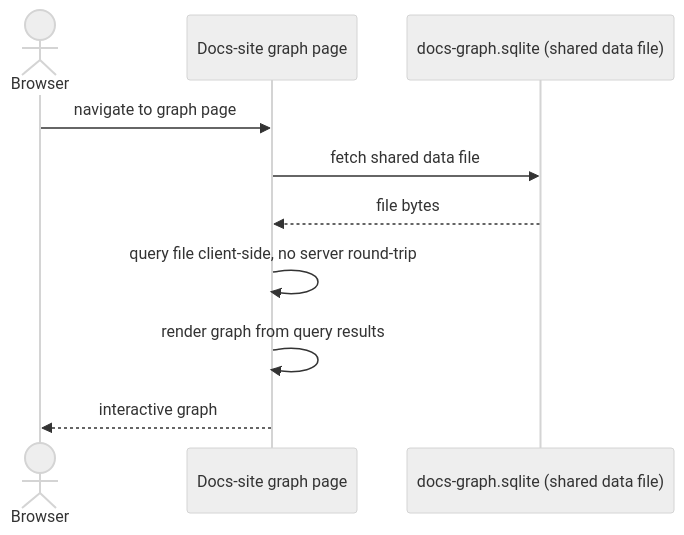
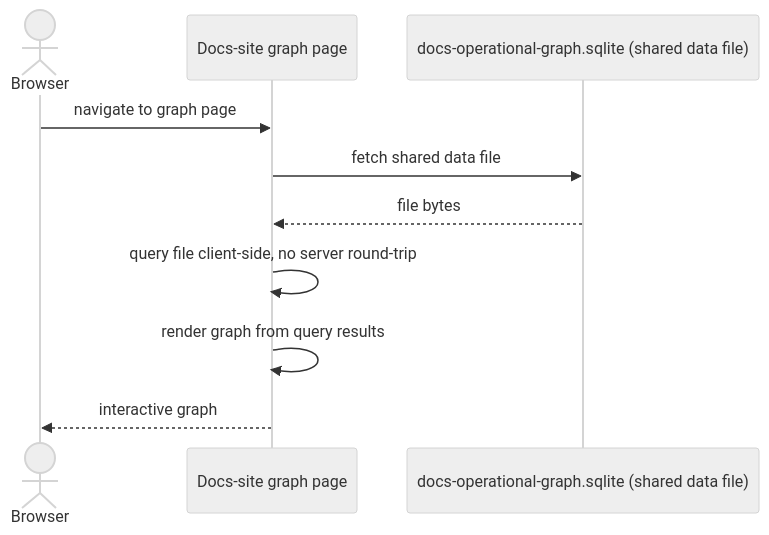
One commit to DataArt/artisyn-implementation-harness changed the diagram in docs/Harness/07 Knowledge Graph/03 Visualization Model.md. Above: the diagram before and after it, drawn with Mermaid (neutral theme). The commit also changed other lines of this file and 10 other files, not shown here.

Commit message:
docs(architecture): describe the operational graph's HLD/LLD/Harness boundary

````diff
--- a/docs/Harness/07 Knowledge Graph/03 Visualization Model.md
+++ b/docs/Harness/07 Knowledge Graph/03 Visualization Model.md
@@ -13,13 +13,13 @@
 ```mermaid
 sequenceDiagram
     actor Browser as Browser
     participant Page as Docs-site graph page
-    participant Asset as docs-graph.sqlite (shared data file)
+    participant Asset as docs-operational-graph.sqlite (shared data file)
 
     Browser->>Page: navigate to graph page
     Page->>Asset: fetch shared data file
     Asset-->>Page: file bytes
     Page->>Page: query file client-side, no server round-trip
     Page->>Page: render graph from query results
     Page-->>Browser: interactive graph
 ```
````
